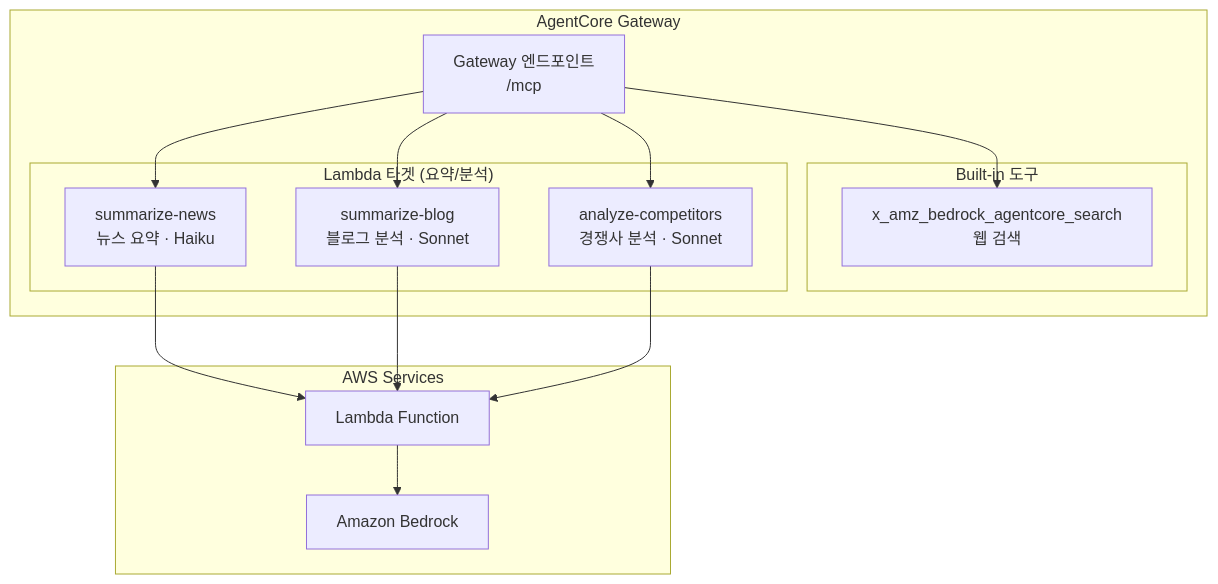
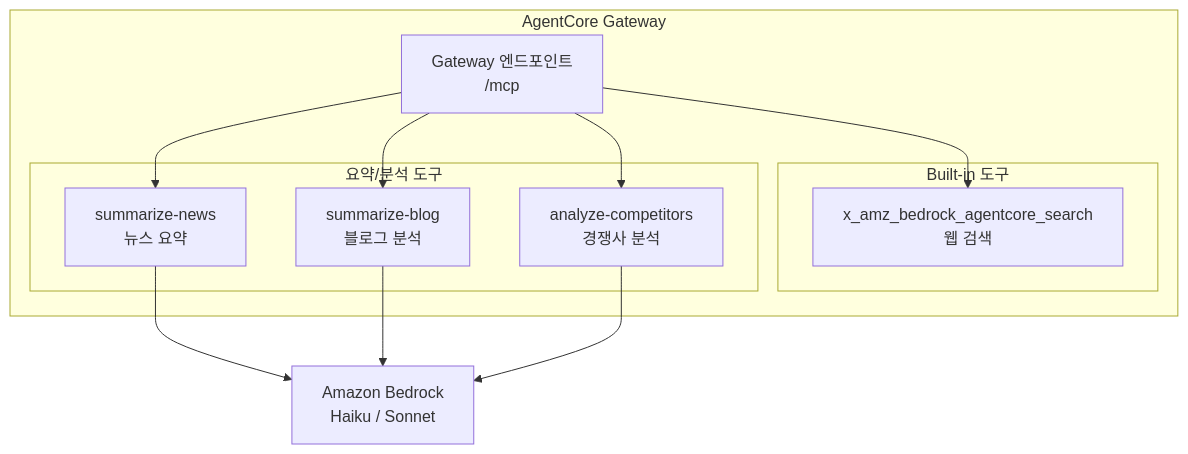
The third of 3 diagrams in README.md (awskyosej/trendbot), drawn with Mermaid before and after one commit.

Commit message:
Refactor tool subgraphs in README

````diff
--- a/README.md
+++ b/README.md
@@ -97,30 +97,26 @@
 ```mermaid
 graph TB
     subgraph "AgentCore Gateway"
         GW[Gateway 엔드포인트<br/>/mcp]
 
         subgraph "Built-in 도구"
             SEARCH[x_amz_bedrock_agentcore_search<br/>웹 검색]
         end
 
-        subgraph "Lambda 타겟 (요약/분석)"
-            T1[summarize-news<br/>뉴스 요약 · Haiku]
-            T2[summarize-blog<br/>블로그 분석 · Sonnet]
-            T3[analyze-competitors<br/>경쟁사 분석 · Sonnet]
+        subgraph "요약/분석 도구"
+            T1[summarize-news<br/>뉴스 요약]
+            T2[summarize-blog<br/>블로그 분석]
+            T3[analyze-competitors<br/>경쟁사 분석]
         end
     end
 
-    subgraph "AWS Services"
-        LAMBDA[Lambda Function]
-        BEDROCK[Amazon Bedrock]
-    end
+    BEDROCK[Amazon Bedrock<br/>Haiku / Sonnet]
 
     GW --> SEARCH
     GW --> T1
     GW --> T2
     GW --> T3
-    T1 --> LAMBDA
-    T2 --> LAMBDA
-    T3 --> LAMBDA
-    LAMBDA --> BEDROCK
+    T1 --> BEDROCK
+    T2 --> BEDROCK
+    T3 --> BEDROCK
 ```
````
